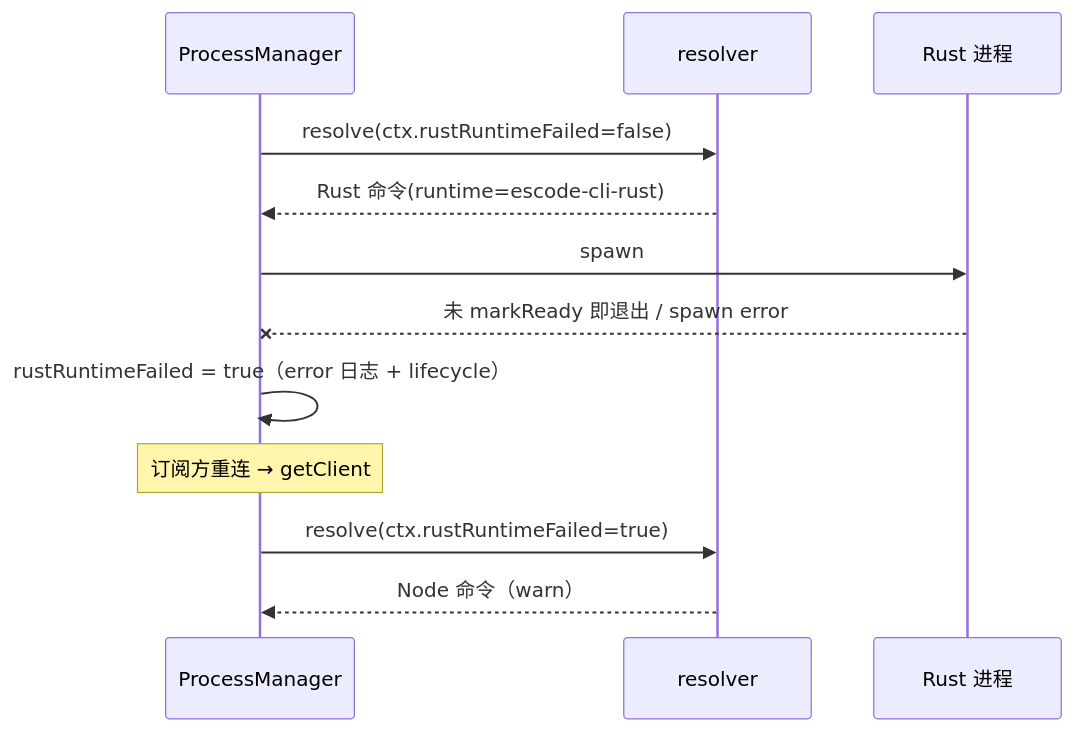
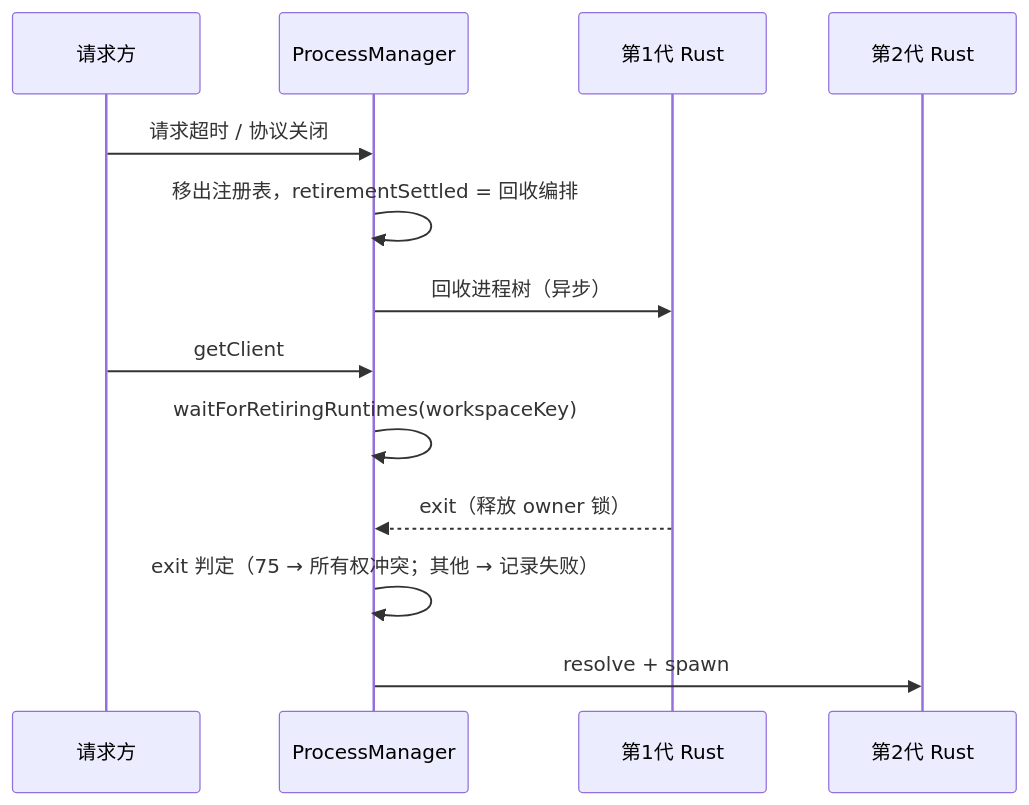
Before and after one commit to sekfung/ESCode: the diagram in docs/specs/rust-packaging.md, drawn with Mermaid. The commit also changed other lines of this file and 12 other files, not shown here.

First line of the commit message:
fix(agent): Rust runtime 不再回退 Node，换代等待旧 owner 释放 workspace

````diff
--- a/docs/specs/rust-packaging.md
+++ b/docs/specs/rust-packaging.md
@@ -32,14 +48,15 @@
 ```mermaid
 sequenceDiagram
+  participant Req as 请求方
   participant M as ProcessManager
-  participant R as resolver
-  participant P as Rust 进程
-  M->>R: resolve(ctx.rustRuntimeFailed=false)
-  R-->>M: Rust 命令(runtime=escode-cli-rust)
-  M->>P: spawn
-  P--xM: 未 markReady 即退出 / spawn error
-  M->>M: rustRuntimeFailed = true（error 日志 + lifecycle）
-  Note over M: 订阅方重连 → getClient
-  M->>R: resolve(ctx.rustRuntimeFailed=true)
-  R-->>M: Node 命令（warn）
+  participant G1 as 第1代 Rust
+  participant G2 as 第2代 Rust
+  Req->>M: 请求超时 / 协议关闭
+  M->>M: 移出注册表，retirementSettled = 回收编排
+  M->>G1: 回收进程树（异步）
+  Req->>M: getClient
+  M->>M: waitForRetiringRuntimes(workspaceKey)
+  G1-->>M: exit（释放 owner 锁）
+  M->>M: exit 判定（75 → 所有权冲突；其他 → 记录失败）
+  M->>G2: resolve + spawn
 ```
````
